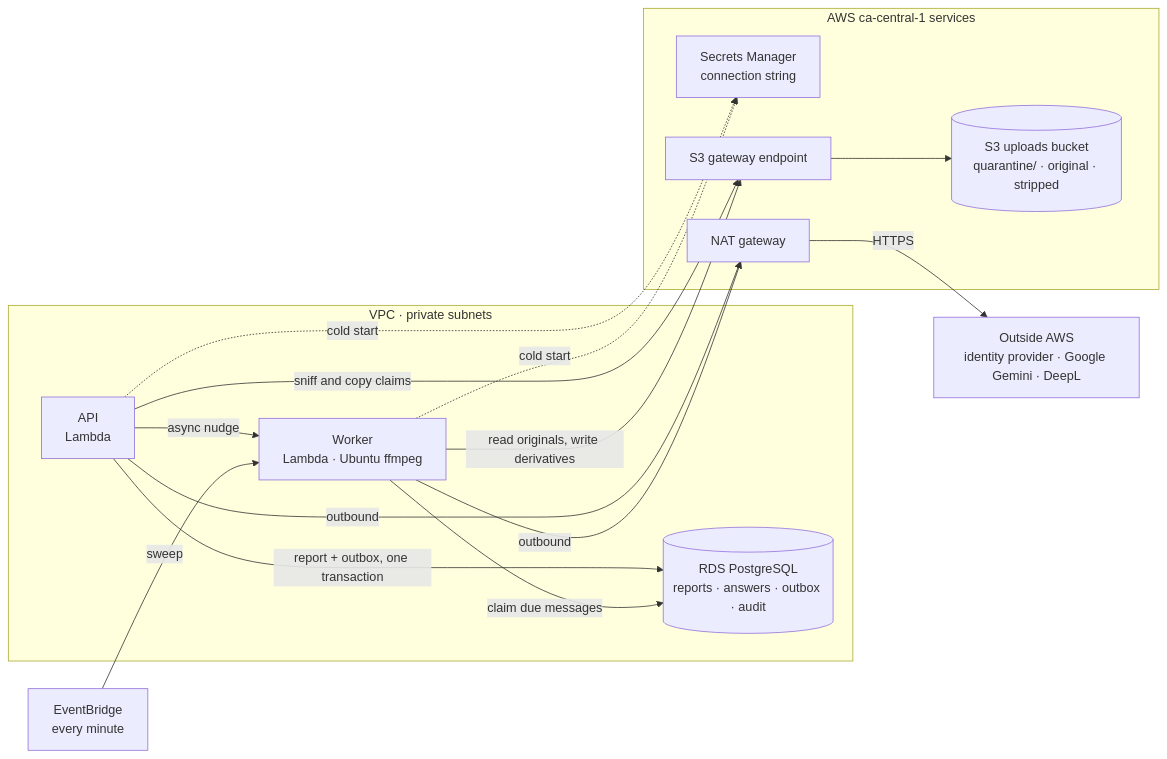
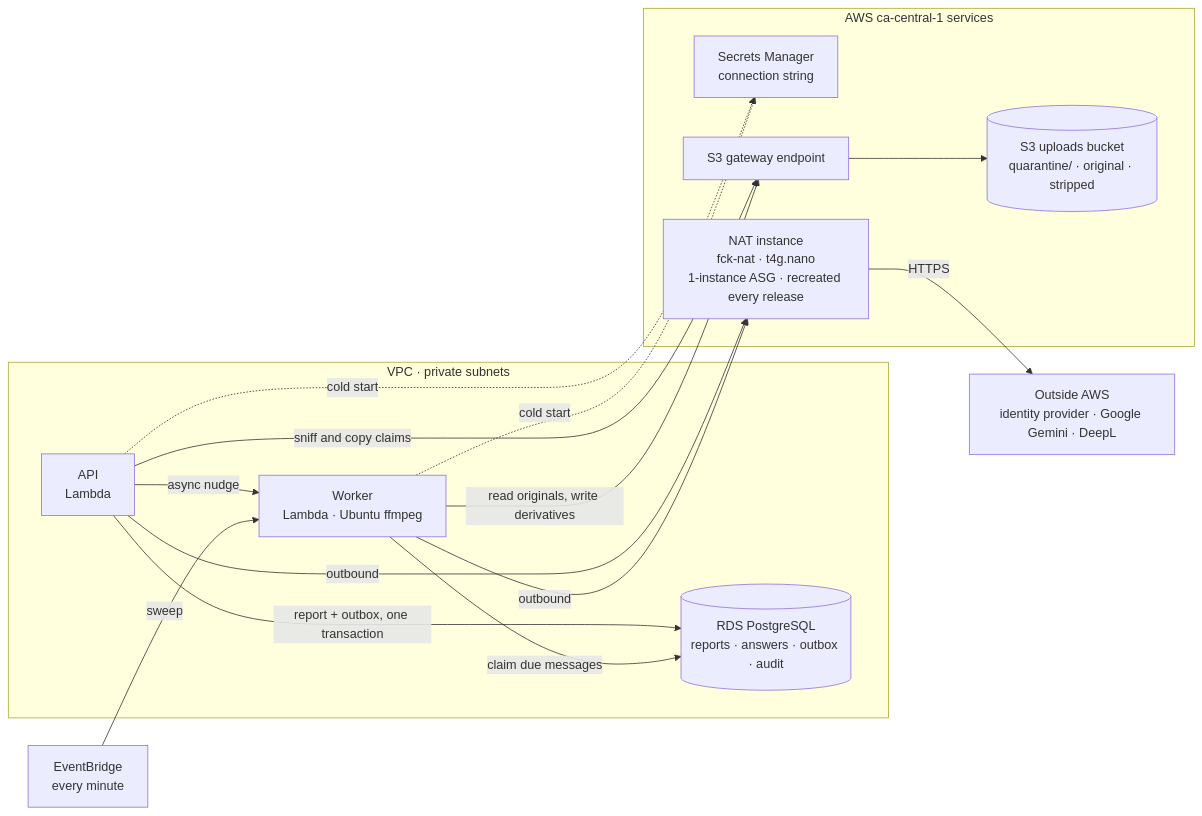
Before and after one commit to HPAC-Safety/safety-report: the second of 3 diagrams in docs/infrastructure-and-operations.md, drawn with Mermaid. The commit also changed other lines of this file and 13 other files, not shown here.

````diff
--- a/docs/infrastructure-and-operations.md
+++ b/docs/infrastructure-and-operations.md
@@ -55,32 +69,32 @@
 ```mermaid
 flowchart LR
     bridge["EventBridge<br/>every minute"]
 
     subgraph private["VPC · private subnets"]
         api["API<br/>Lambda"]
         worker["Worker<br/>Lambda · Ubuntu ffmpeg"]
         rds[("RDS PostgreSQL<br/>reports · answers · outbox · audit")]
     end
 
     subgraph aws["AWS ca-central-1 services"]
         secrets["Secrets Manager<br/>connection string"]
         s3ep["S3 gateway endpoint"]
         uploads[("S3 uploads bucket<br/>quarantine/ · original · stripped")]
-        nat["NAT gateway"]
+        nat["NAT instance<br/>fck-nat · t4g.nano<br/>1-instance ASG · recreated every release"]
     end
 
     outside["Outside AWS<br/>identity provider · Google Gemini · DeepL"]
 
     api -->|"report + outbox, one transaction"| rds
     api -->|"async nudge"| worker
     bridge -->|"sweep"| worker
     worker -->|"claim due messages"| rds
     api -->|"sniff and copy claims"| s3ep
     worker -->|"read originals, write derivatives"| s3ep
     s3ep --> uploads
     api -.->|"cold start"| secrets
     worker -.->|"cold start"| secrets
     api -->|"outbound"| nat
     worker -->|"outbound"| nat
     nat -->|"HTTPS"| outside
 ```
````
